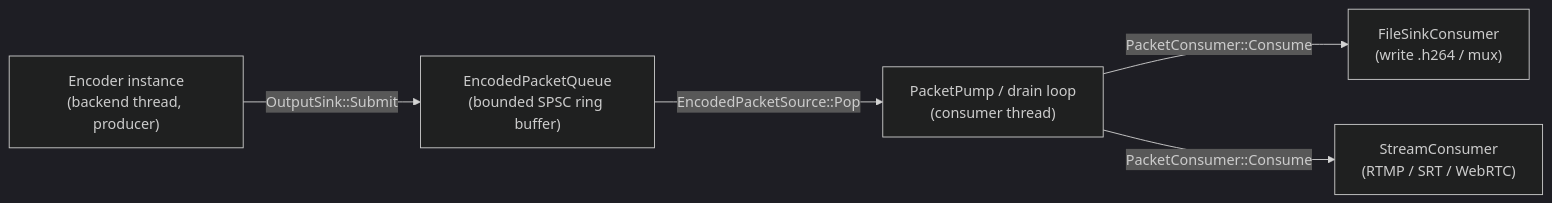
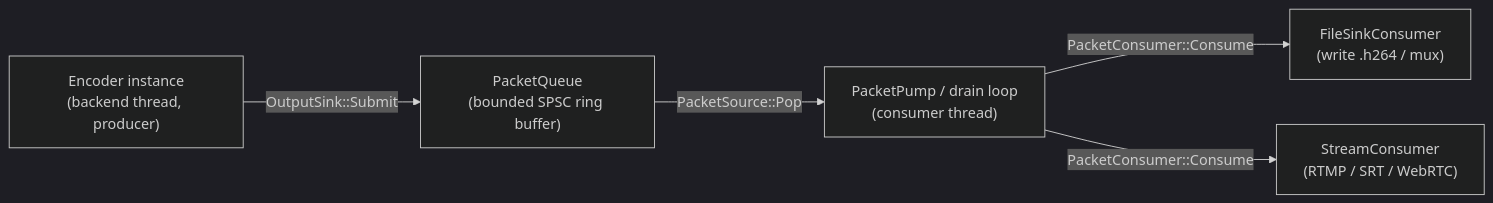
The first of 2 diagrams in codec/doc/architecture/output-queue.md (oxsource/video_codec), drawn with Mermaid (dark theme) before and after one commit. The commit also changed other lines of this file and 55 other files, not shown here.

First line of the commit message:
refactor(core): unify Packet type (drop Encoded prefix, merge AudioPacket)

````diff
--- a/codec/doc/architecture/output-queue.md
+++ b/codec/doc/architecture/output-queue.md
@@ -10,13 +10,13 @@
 ```mermaid
 flowchart LR
     ENC["Encoder instance<br/>(backend thread, producer)"]
-    Q["EncodedPacketQueue<br/>(bounded SPSC ring buffer)"]
+    Q["PacketQueue<br/>(bounded SPSC ring buffer)"]
     PUMP["PacketPump / drain loop<br/>(consumer thread)"]
     FC["FileSinkConsumer<br/>(write .h264 / mux)"]
     SC["StreamConsumer<br/>(RTMP / SRT / WebRTC)"]
 
     ENC -->|OutputSink::Submit| Q
-    Q -->|EncodedPacketSource::Pop| PUMP
+    Q -->|PacketSource::Pop| PUMP
     PUMP -->|PacketConsumer::Consume| FC
     PUMP -->|PacketConsumer::Consume| SC
 ```
````
